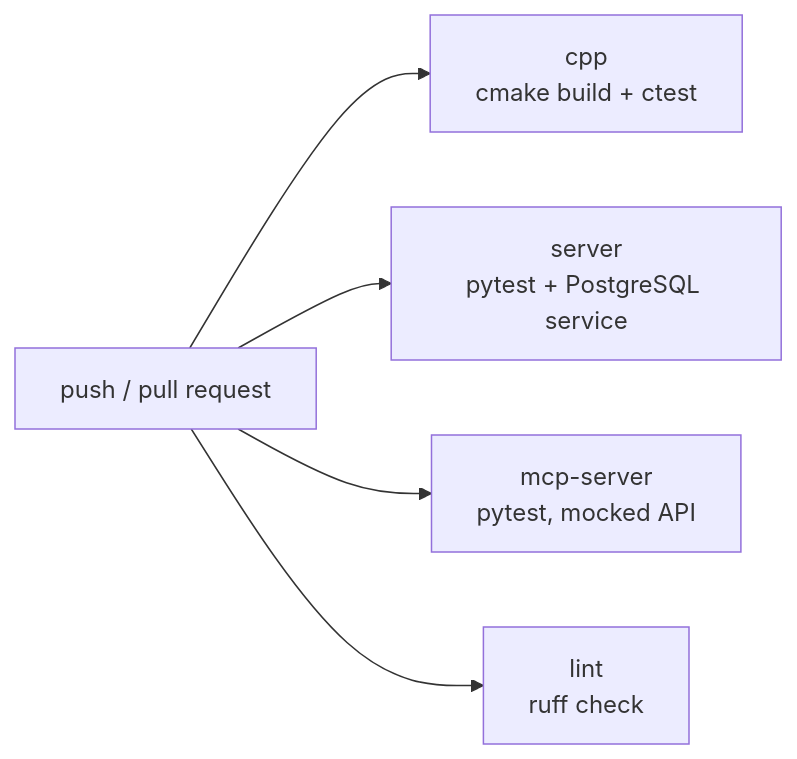
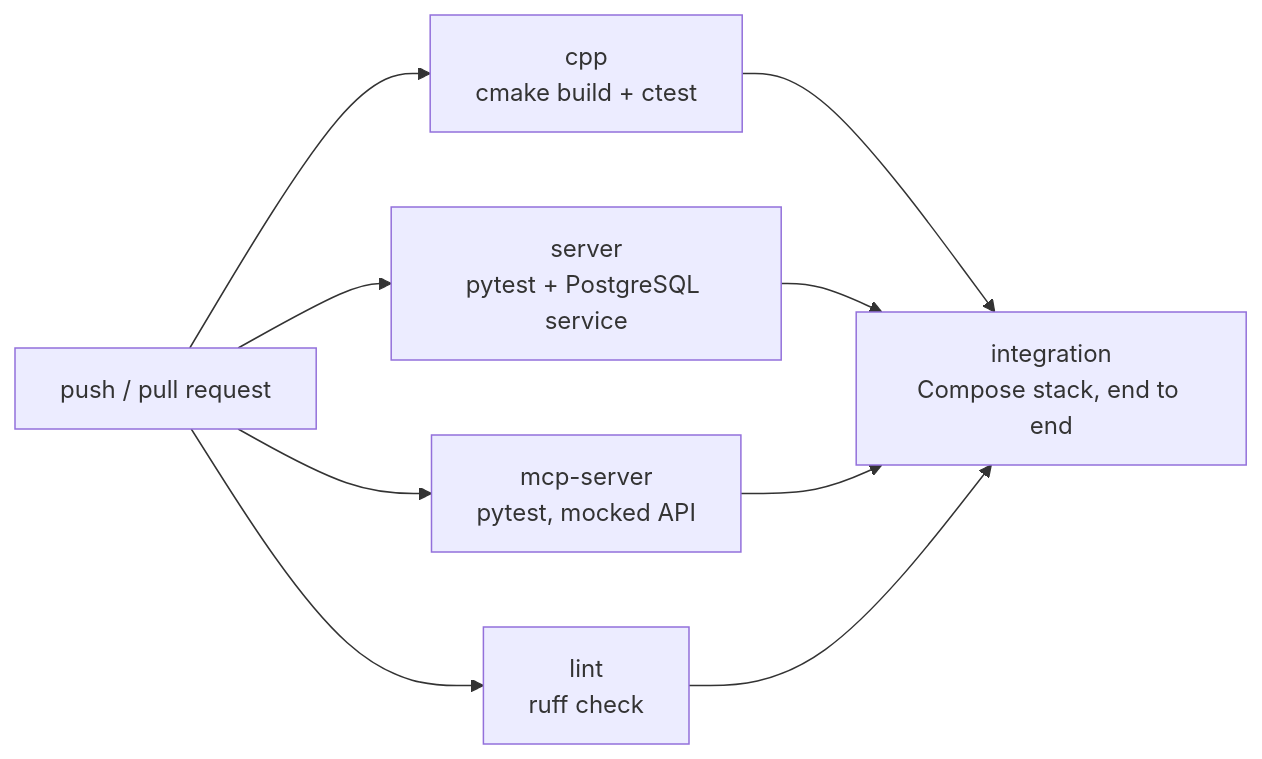
The seventh of 7 diagrams in docs/architecture.md (shuvat/syspulse), drawn with Mermaid before and after one commit. The commit also changed other lines of this file and 6 other files, not shown here.

````diff
--- a/docs/architecture.md
+++ b/docs/architecture.md
@@ -379,7 +383,8 @@
 ```mermaid
 flowchart LR
     PUSH[push / pull request] --> CPP[cpp<br/>cmake build + ctest]
     PUSH --> SRV[server<br/>pytest + PostgreSQL service]
     PUSH --> MCP[mcp-server<br/>pytest, mocked API]
     PUSH --> LINT[lint<br/>ruff check]
+    CPP & SRV & MCP & LINT --> IT[integration<br/>Compose stack, end to end]
 ```
````
